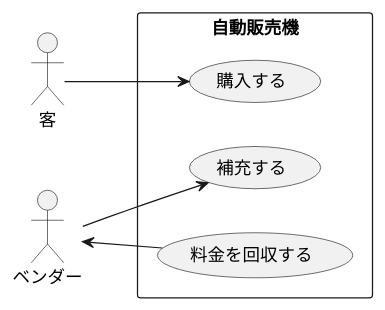
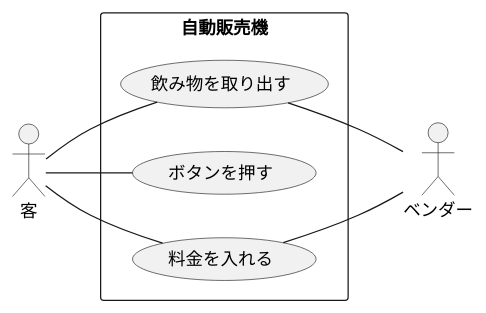
Before and after one commit to itouayumu/uml-introduction-: the diagram in 演習6-4-2_ユースケース図_自動販売機.pu, drawn with PlantUML.

Commit message:
修正

```diff
--- a/演習6-4-2_ユースケース図_自動販売機.pu
+++ b/演習6-4-2_ユースケース図_自動販売機.pu
@@ -1,13 +1,15 @@
 @startuml 例題1
 left to right direction
 actor 客 
 actor ベンダー
 rectangle 自動販売機 {
-usecase 購入する
-usecase 補充する
-usecase 料金を回収する
+usecase 飲み物を取り出す
+usecase ボタンを押す
+usecase 料金を入れる
 }
-客--> 購入する
-ベンダー --> 補充する
-ベンダー<--料金を回収する
+客-- 飲み物を取り出す
+客-- ボタンを押す
+客-- 料金を入れる
+料金を入れる--ベンダー
+飲み物を取り出す--ベンダー
 @enduml
```
